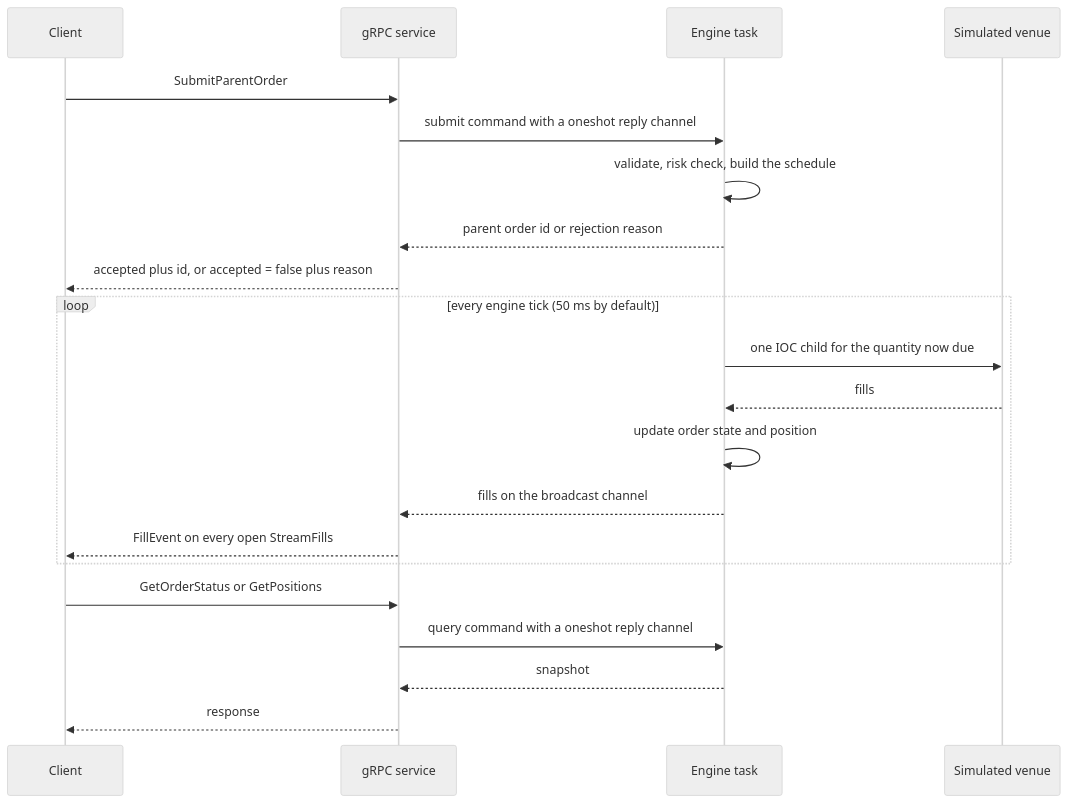
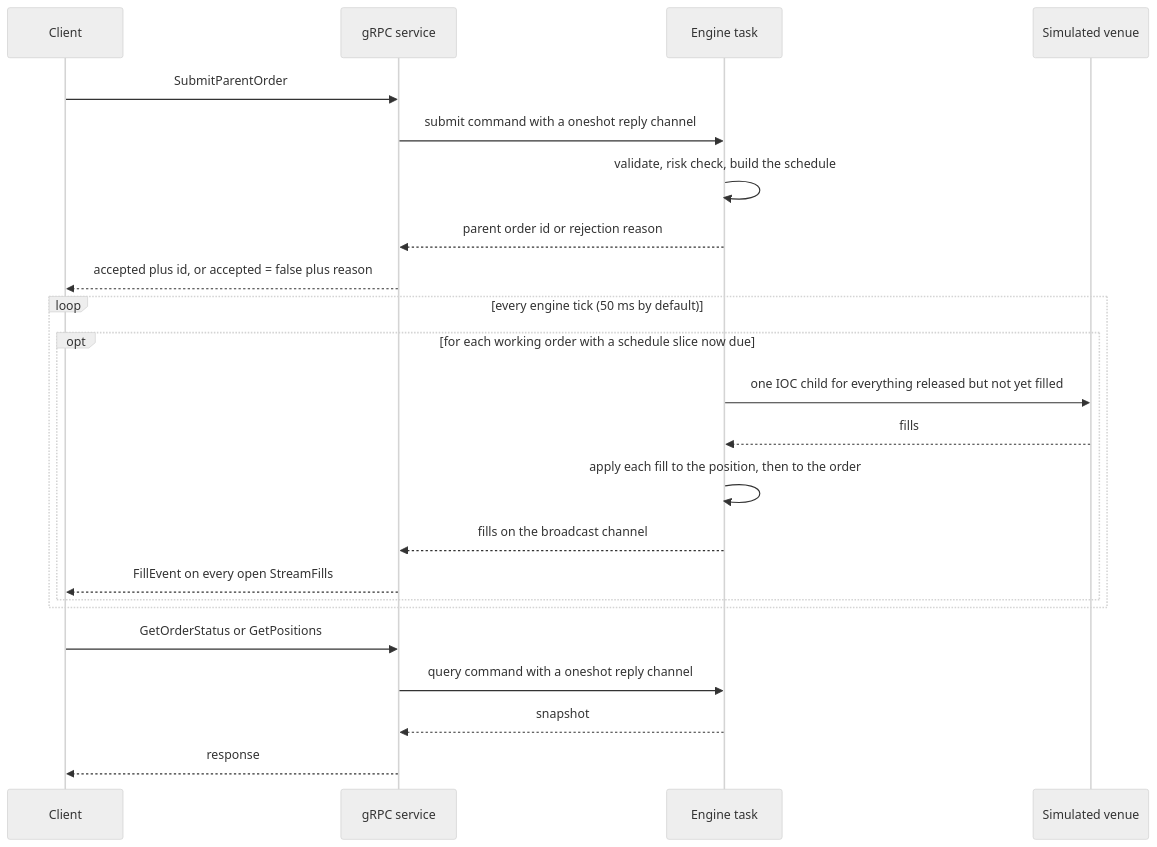
Before and after one commit to shaunak-batra/RustAlgoExecutionSystem: the second of 6 diagrams in README.md, drawn with Mermaid (neutral theme). The commit also changed other lines of this file and 3 other files, not shown here.

````diff
--- a/README.md
+++ b/README.md
@@ -128,23 +131,25 @@
 ```mermaid
 sequenceDiagram
     participant C as Client
     participant S as gRPC service
     participant E as Engine task
     participant V as Simulated venue
     C->>S: SubmitParentOrder
     S->>E: submit command with a oneshot reply channel
     E->>E: validate, risk check, build the schedule
     E-->>S: parent order id or rejection reason
     S-->>C: accepted plus id, or accepted = false plus reason
     loop every engine tick (50 ms by default)
-        E->>V: one IOC child for the quantity now due
-        V-->>E: fills
-        E->>E: update order state and position
-        E-->>S: fills on the broadcast channel
-        S-->>C: FillEvent on every open StreamFills
+        opt for each working order with a schedule slice now due
+            E->>V: one IOC child for everything released but not yet filled
+            V-->>E: fills
+            E->>E: apply each fill to the position, then to the order
+            E-->>S: fills on the broadcast channel
+            S-->>C: FillEvent on every open StreamFills
+        end
     end
     C->>S: GetOrderStatus or GetPositions
     S->>E: query command with a oneshot reply channel
     E-->>S: snapshot
     S-->>C: response
 ```
````
